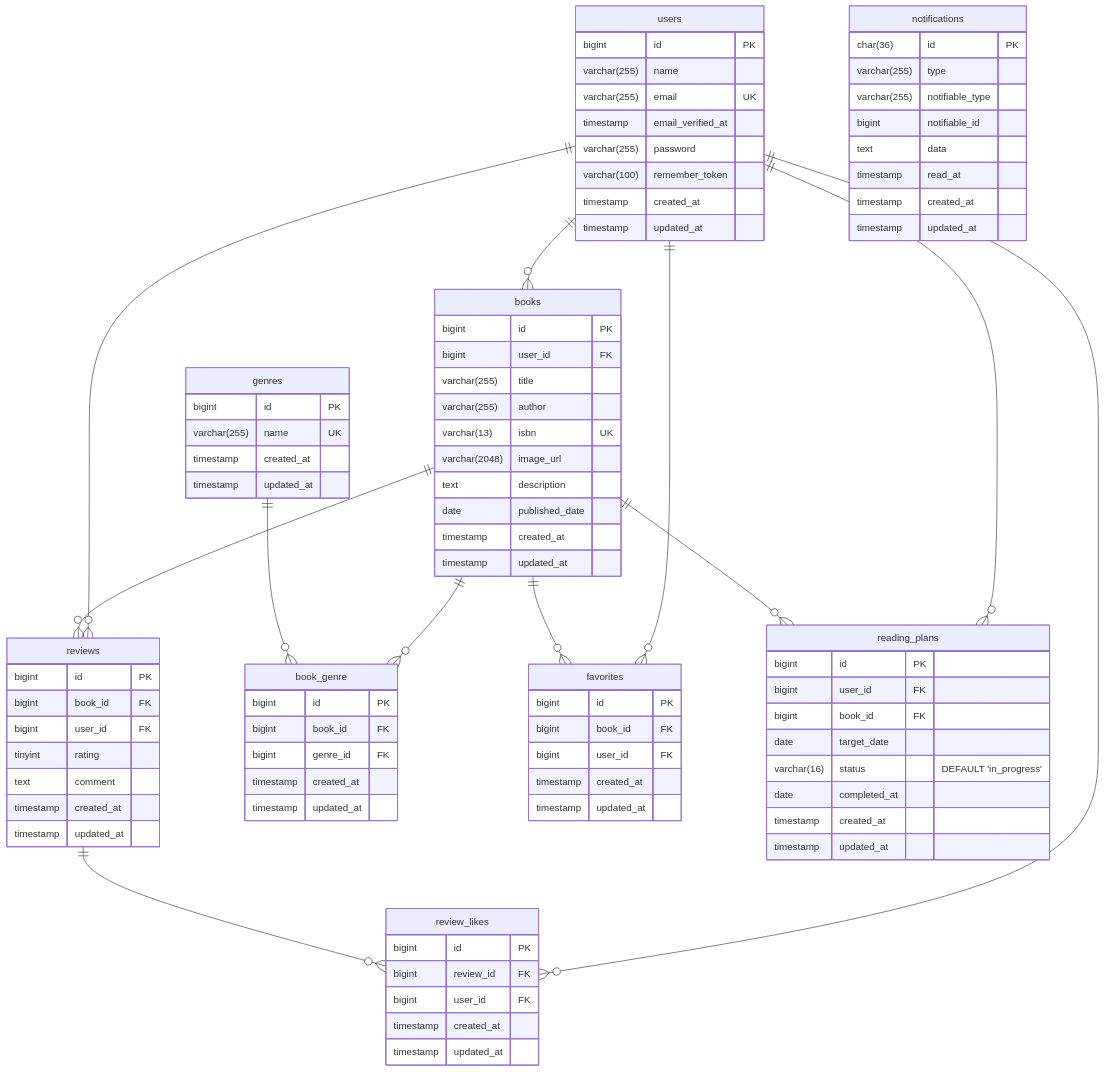
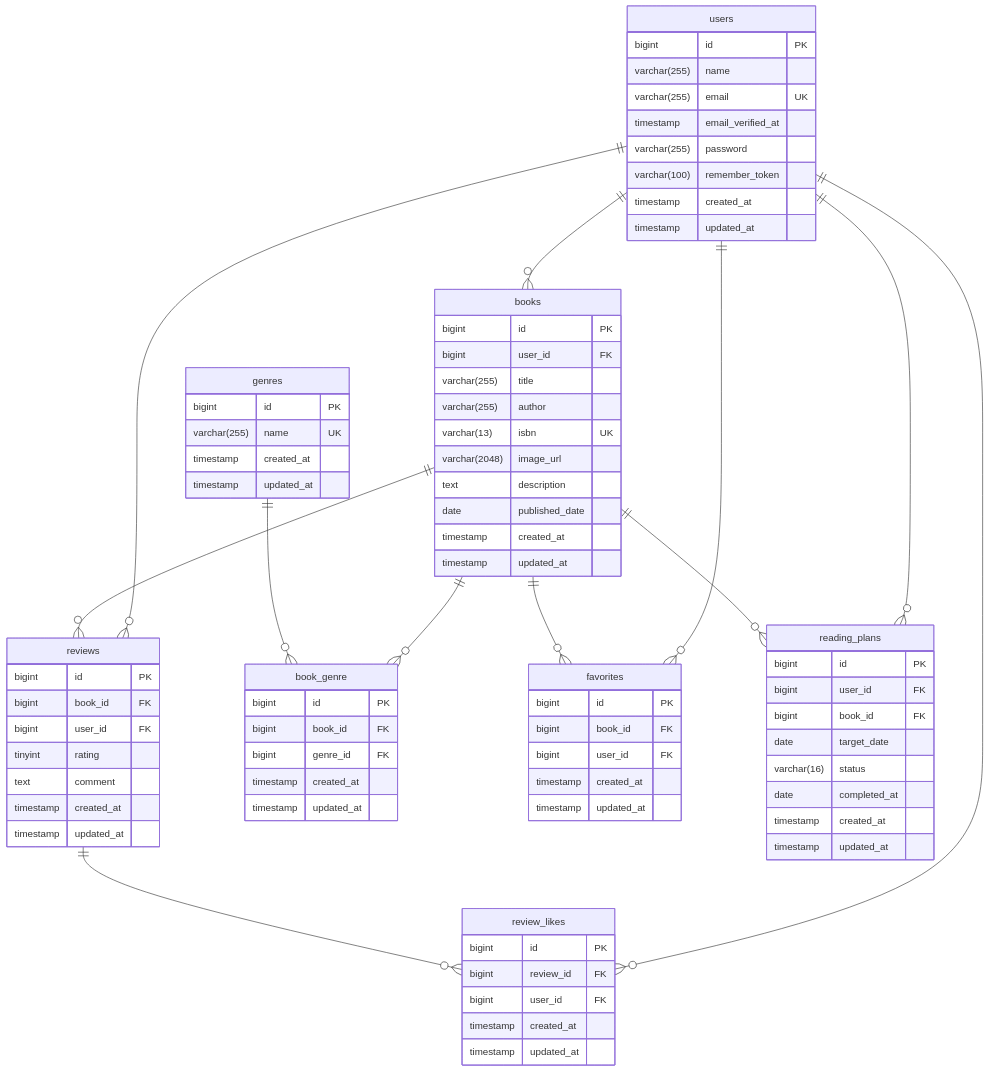
One commit to Yji-9261/bookshelf-app changed the diagram in README.md. Above: the diagram before and after it, drawn with Mermaid. The commit also changed other lines of this file and 2 other files, not shown here.

```diff
--- a/README.md
+++ b/README.md
@@ -175,19 +294,8 @@
     bigint user_id FK
     bigint book_id FK
     date target_date
-    varchar(16) status "DEFAULT 'in_progress'"
+    varchar(16) status
     date completed_at
-    timestamp created_at
-    timestamp updated_at
-}
-
-notifications{
-    char(36) id PK
-    varchar(255) type
-    varchar(255) notifiable_type
-    bigint notifiable_id
-    text data
-    timestamp read_at
     timestamp created_at
     timestamp updated_at
 }
```
